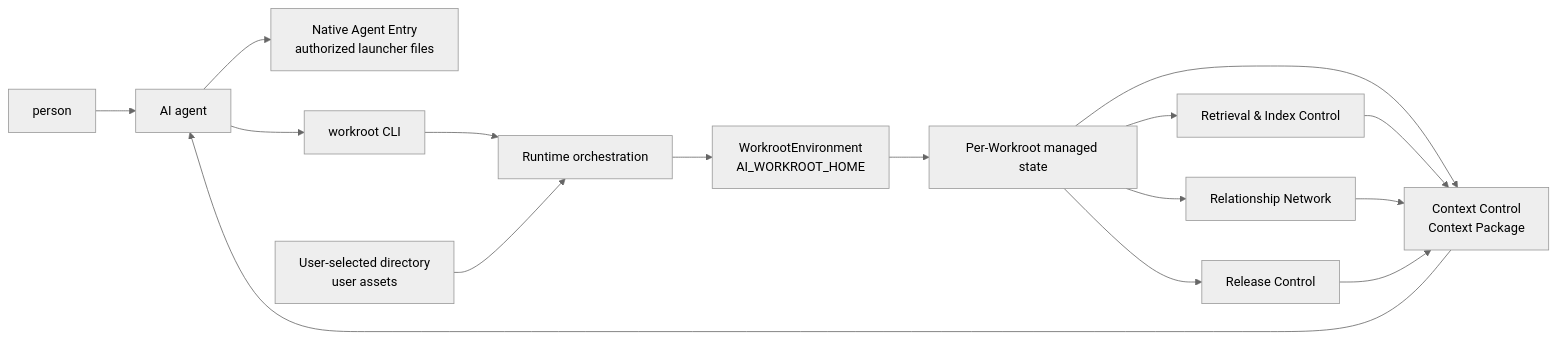
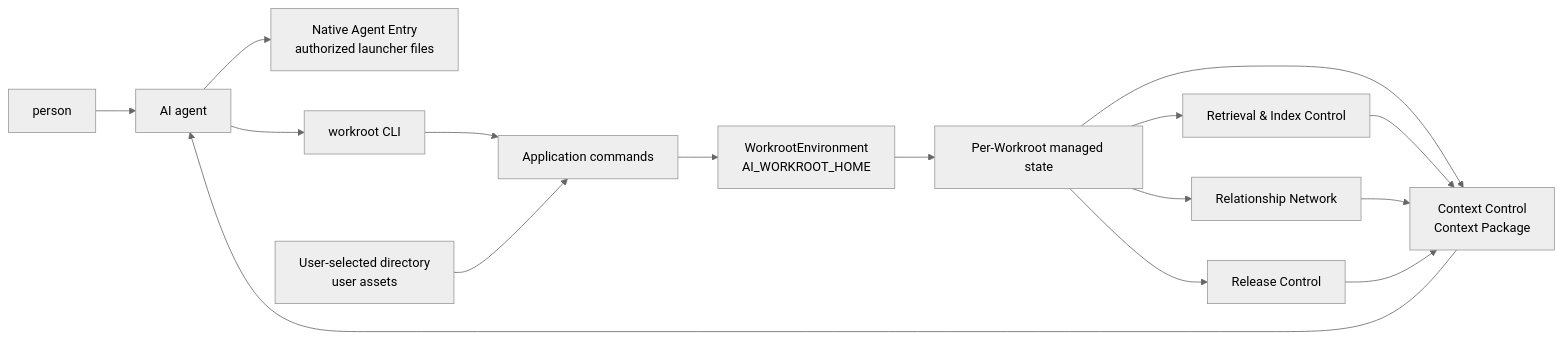
Before and after one commit to ai-workroot/ai-workroot: the first of 6 diagrams in docs/architecture-map.md, drawn with Mermaid (neutral theme). The commit also changed other lines of this file and 174 other files, not shown here.

Commit message:
refactor: enforce orthogonal Workroot architecture

````diff
--- a/docs/architecture-map.md
+++ b/docs/architecture-map.md
@@ -17,18 +17,18 @@
 ```mermaid
 flowchart LR
   User[person] --> Agent[AI agent]
   Agent --> Entry[Native Agent Entry<br/>authorized launcher files]
   Agent --> CLI[workroot CLI]
-  CLI --> Runtime[Runtime orchestration]
-  Runtime --> Env[WorkrootEnvironment<br/>AI_WORKROOT_HOME]
+  CLI --> Commands[Application commands]
+  Commands --> Env[WorkrootEnvironment<br/>AI_WORKROOT_HOME]
   Env --> WR[Per-Workroot managed state]
-  UserDir[User-selected directory<br/>user assets] --> Runtime
+  UserDir[User-selected directory<br/>user assets] --> Commands
   WR --> Context[Context Control<br/>Context Package]
   WR --> Release[Release Control]
   WR --> Rel[Relationship Network]
   WR --> Retrieval[Retrieval & Index Control]
   Retrieval --> Context
   Rel --> Context
   Release --> Context
   Context --> Agent
 ```
````
